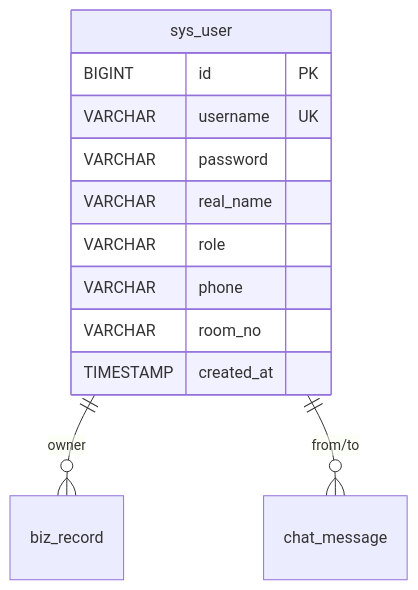
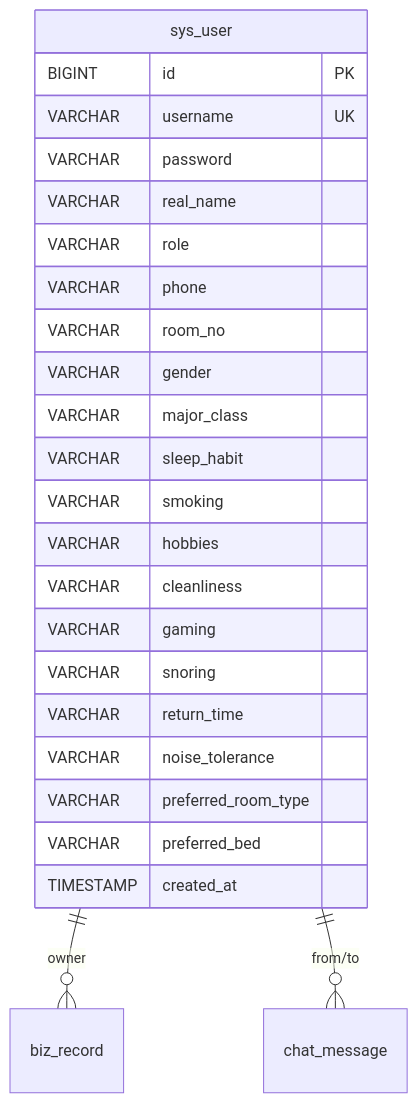
One commit to qzjjimmy/dormitory-system changed the diagram in IMPROVEMENTS.md. Above: the diagram before and after it, drawn with Mermaid. The commit also changed other lines of this file and 25 other files, not shown here.

````diff
--- a/IMPROVEMENTS.md
+++ b/IMPROVEMENTS.md
@@ -78,15 +78,27 @@
 ```mermaid
 erDiagram
     sys_user ||--o{ biz_record : "owner"
     sys_user ||--o{ chat_message : "from/to"
     sys_user {
         BIGINT id PK
         VARCHAR username UK
         VARCHAR password
         VARCHAR real_name
         VARCHAR role
         VARCHAR phone
         VARCHAR room_no
+        VARCHAR gender
+        VARCHAR major_class
+        VARCHAR sleep_habit
+        VARCHAR smoking
+        VARCHAR hobbies
+        VARCHAR cleanliness
+        VARCHAR gaming
+        VARCHAR snoring
+        VARCHAR return_time
+        VARCHAR noise_tolerance
+        VARCHAR preferred_room_type
+        VARCHAR preferred_bed
         TIMESTAMP created_at
     }
 ```
````
